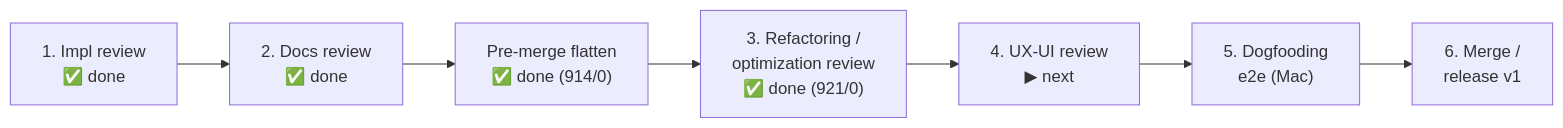
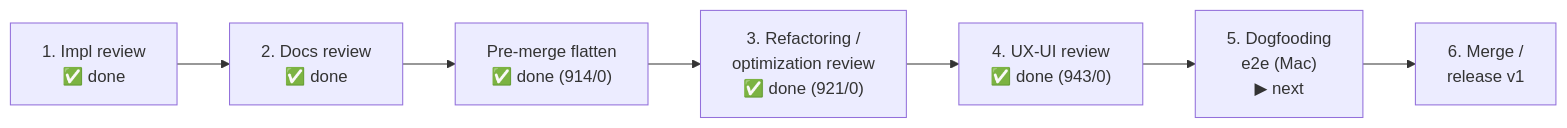
The diagram in docs/maintainers/roadmap.md (alergyonthestage/claude-orchestrator), drawn with Mermaid before and after one commit. The commit also changed other lines of this file and 6 other files, not shown here.

````diff
--- a/docs/maintainers/roadmap.md
+++ b/docs/maintainers/roadmap.md
@@ -43,9 +43,9 @@
 ```mermaid
 flowchart LR
   A["1. Impl review<br/>✅ done"] --> B["2. Docs review<br/>✅ done"]
   B --> X["Pre-merge flatten<br/>✅ done (914/0)"]
   X --> C["3. Refactoring /<br/>optimization review<br/>✅ done (921/0)"]
-  C --> D["4. UX-UI review<br/>▶ next"]
-  D --> E["5. Dogfooding<br/>e2e (Mac)"]
+  C --> D["4. UX-UI review<br/>✅ done (943/0)"]
+  D --> E["5. Dogfooding<br/>e2e (Mac)<br/>▶ next"]
   E --> F["6. Merge /<br/>release v1"]
 ```
````
